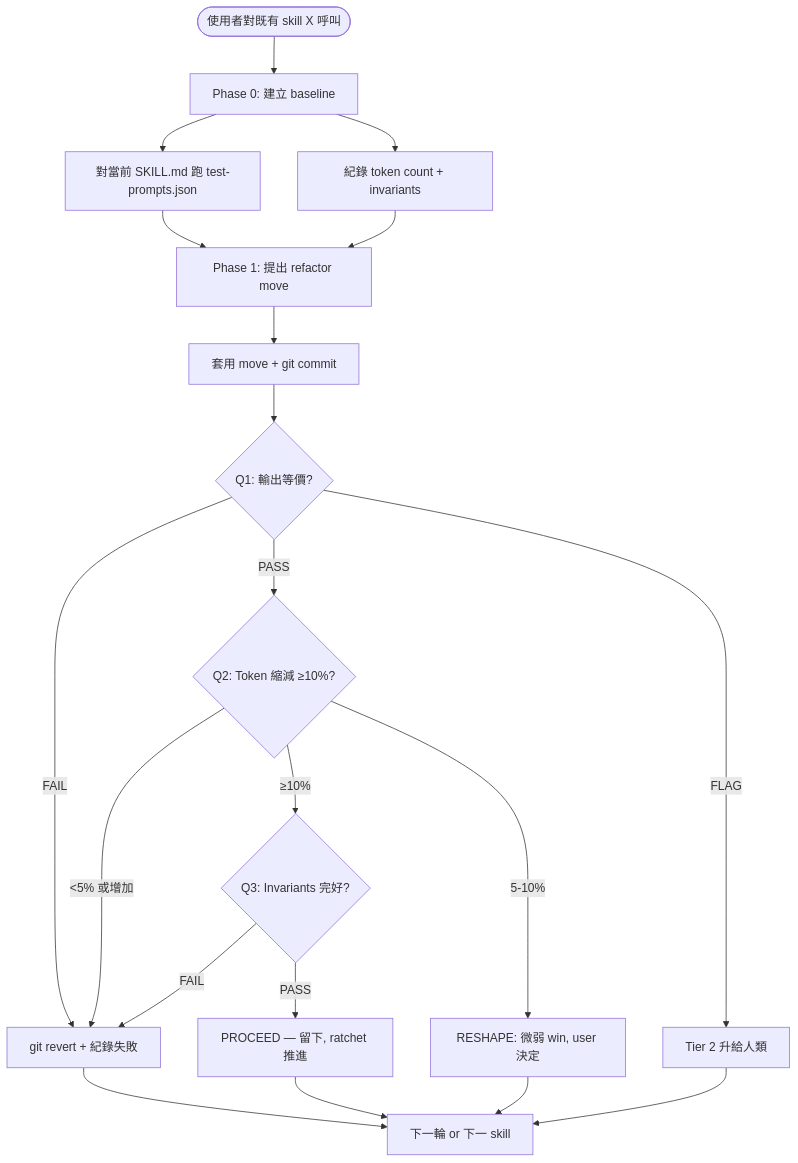
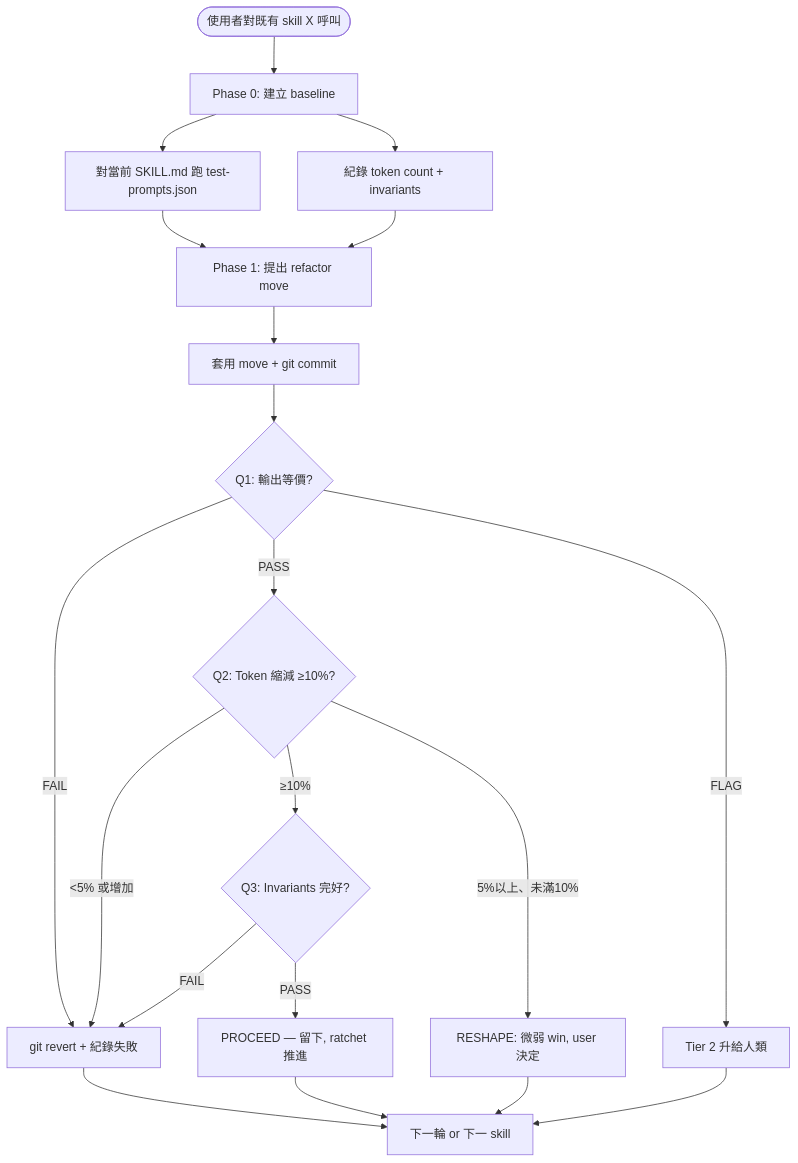
The diagram in skill-dev-toolkit/skills/skill-refactor/README.zh-TW.md (kouko/monkey-skills), drawn with Mermaid before and after one commit. The commit also changed other lines of this file and 6 other files, not shown here.

````diff
--- a/skill-dev-toolkit/skills/skill-refactor/README.zh-TW.md
+++ b/skill-dev-toolkit/skills/skill-refactor/README.zh-TW.md
@@ -45,22 +45,22 @@
 ```mermaid
 flowchart TD
     A([使用者對既有 skill X 呼叫]) --> B[Phase 0: 建立 baseline]
     B --> B1[對當前 SKILL.md 跑 test-prompts.json]
     B --> B2[紀錄 token count + invariants]
     B1 --> C[Phase 1: 提出 refactor move]
     B2 --> C
     C --> D[套用 move + git commit]
     D --> Q1{Q1: 輸出等價?}
     Q1 -->|FAIL| R[git revert + 紀錄失敗]
     Q1 -->|FLAG| H[Tier 2 升給人類]
     Q1 -->|PASS| Q2{Q2: Token 縮減 ≥10%?}
     Q2 -->|≥10%| Q3{Q3: Invariants 完好?}
-    Q2 -->|5-10%| WC[RESHAPE: 微弱 win, user 決定]
+    Q2 -->|5%以上、未滿10%| WC[RESHAPE: 微弱 win, user 決定]
     Q2 -->|<5% 或增加| R
     Q3 -->|PASS| K[PROCEED — 留下, ratchet 推進]
     Q3 -->|FAIL| R
     R --> NEXT[下一輪 or 下一 skill]
     K --> NEXT
     WC --> NEXT
     H --> NEXT
 ```
````
